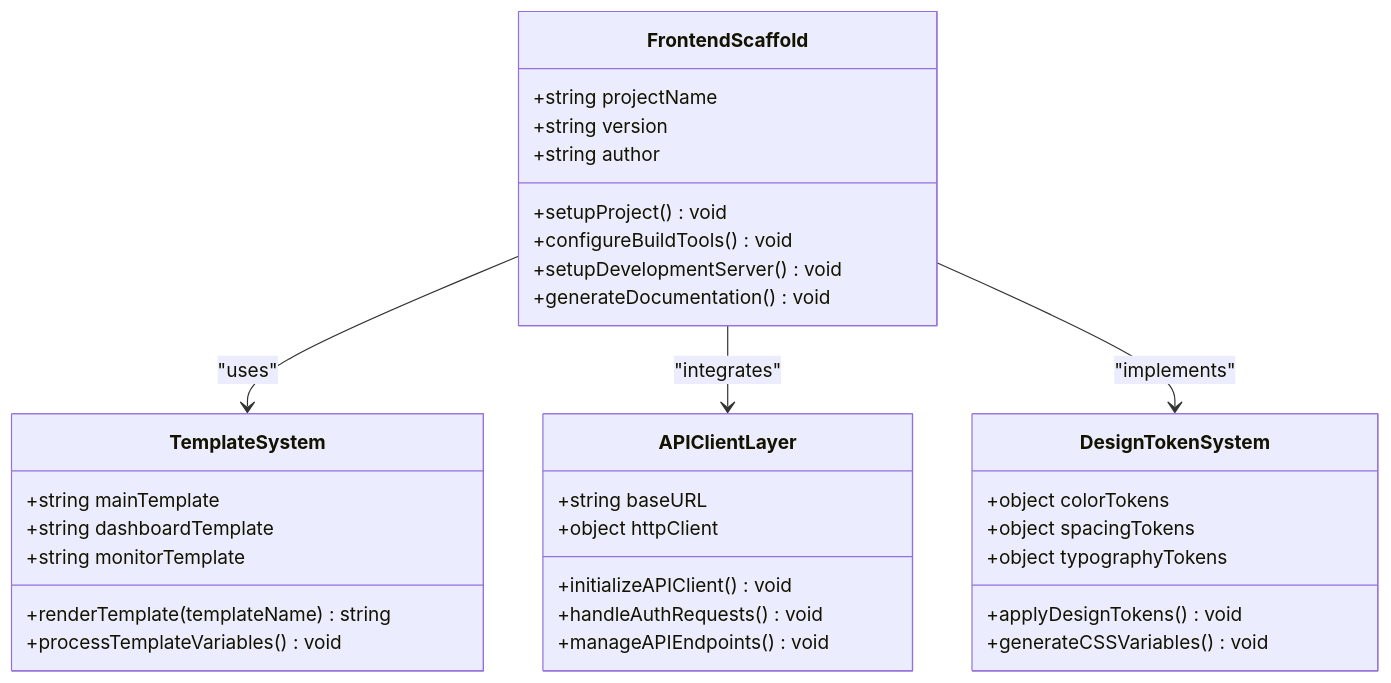
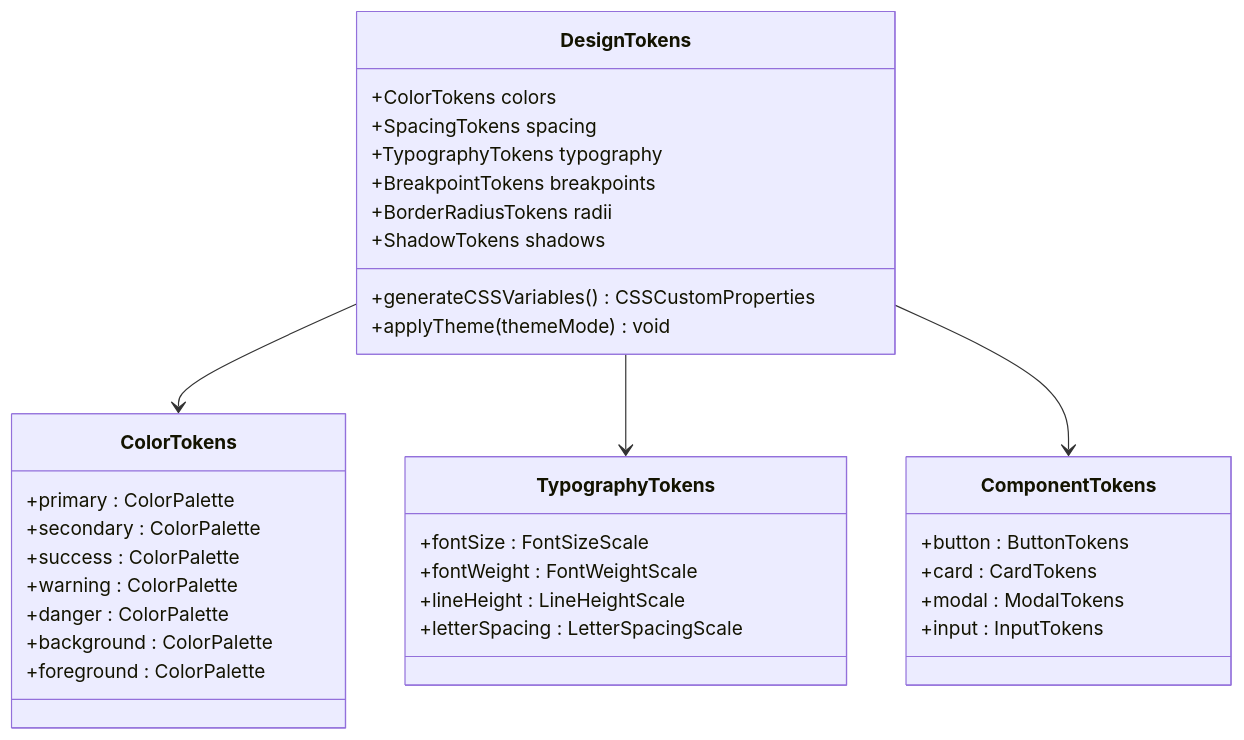
The fifth of 10 diagrams in .qoder/repowiki/zh/content/开发指南/前端开发指南.md (leimu-hue/AI-Trend-Tool), drawn with Mermaid before and after one commit. The commit also changed other lines of this file and 74 other files, not shown here.

````diff
--- a/.qoder/repowiki/zh/content/开发指南/前端开发指南.md
+++ b/.qoder/repowiki/zh/content/开发指南/前端开发指南.md
@@ -177,36 +287,37 @@
 ```mermaid
 classDiagram
-class FrontendScaffold {
-+string projectName
-+string version
-+string author
-+setupProject() void
-+configureBuildTools() void
-+setupDevelopmentServer() void
-+generateDocumentation() void
+class DesignTokens {
++ColorTokens colors
++SpacingTokens spacing
++TypographyTokens typography
++BreakpointTokens breakpoints
++BorderRadiusTokens radii
++ShadowTokens shadows
++generateCSSVariables() CSSCustomProperties
++applyTheme(themeMode) void
 }
-class TemplateSystem {
-+string mainTemplate
-+string dashboardTemplate
-+string monitorTemplate
-+renderTemplate(templateName) string
-+processTemplateVariables() void
+class ColorTokens {
++primary : ColorPalette
++secondary : ColorPalette
++success : ColorPalette
++warning : ColorPalette
++danger : ColorPalette
++background : ColorPalette
++foreground : ColorPalette
 }
-class APIClientLayer {
-+string baseURL
-+object httpClient
-+initializeAPIClient() void
-+handleAuthRequests() void
-+manageAPIEndpoints() void
+class TypographyTokens {
++fontSize : FontSizeScale
++fontWeight : FontWeightScale
++lineHeight : LineHeightScale
++letterSpacing : LetterSpacingScale
 }
-class DesignTokenSystem {
-+object colorTokens
-+object spacingTokens
-+object typographyTokens
-+applyDesignTokens() void
-+generateCSSVariables() void
+class ComponentTokens {
++button : ButtonTokens
++card : CardTokens
++modal : ModalTokens
++input : InputTokens
 }
-FrontendScaffold --> TemplateSystem : "uses"
-FrontendScaffold --> APIClientLayer : "integrates"
-FrontendScaffold --> DesignTokenSystem : "implements"
+DesignTokens --> ColorTokens
+DesignTokens --> TypographyTokens
+DesignTokens --> ComponentTokens
 ```
````
